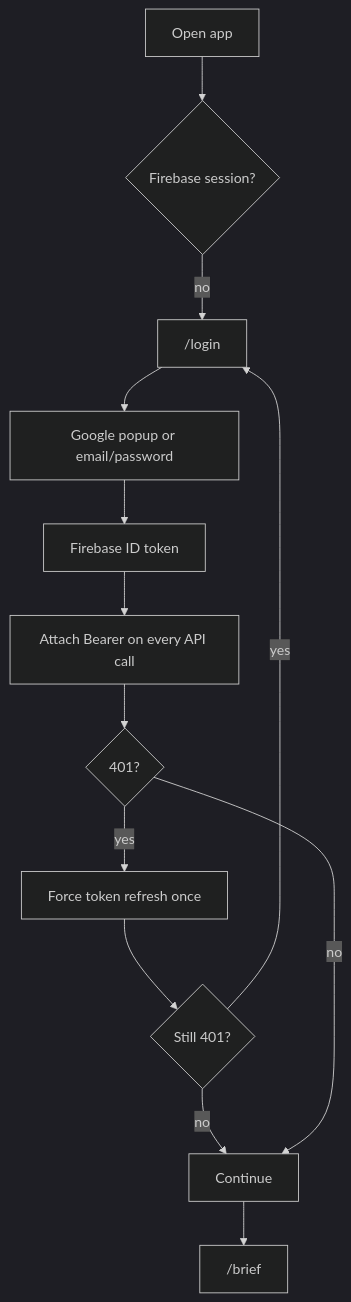
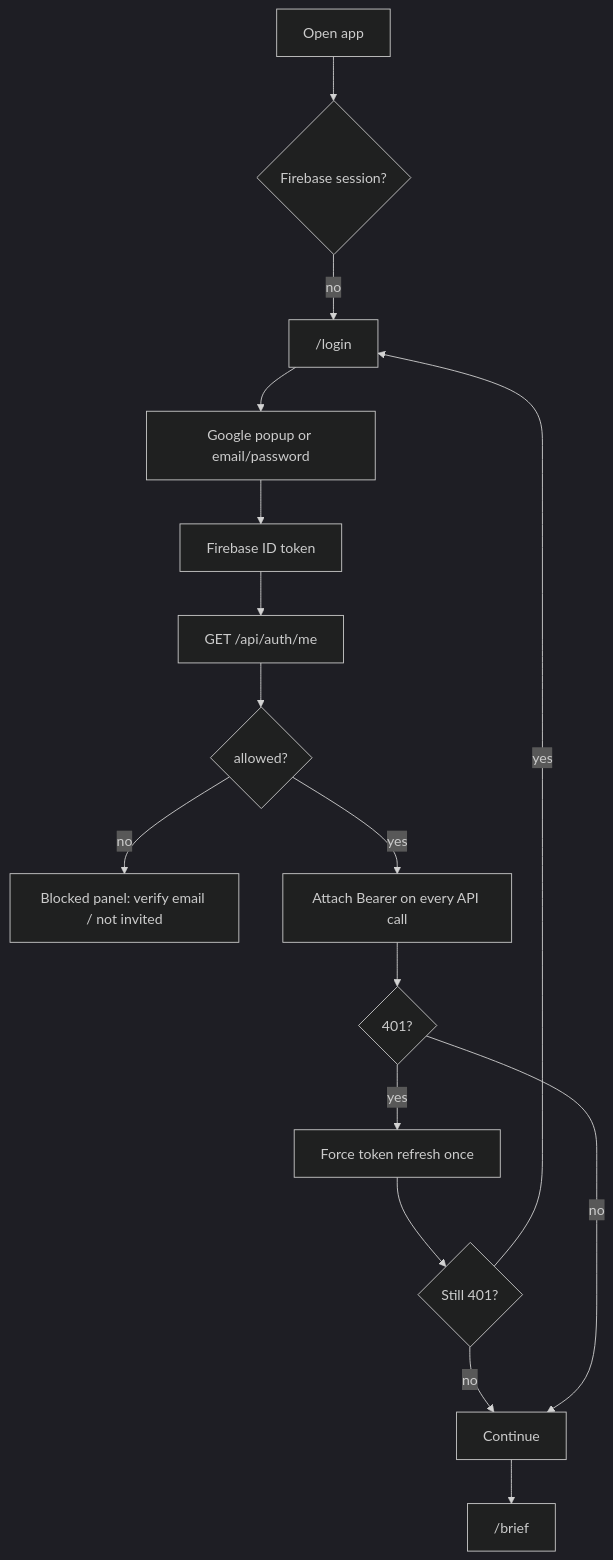
One commit to Lil-mast/TaskManagement changed the fourth of 12 diagrams in FRONTEND.md. Above: the diagram before and after it, drawn with Mermaid (dark theme). The commit also changed other lines of this file and 35 other files, not shown here.

````diff
--- a/FRONTEND.md
+++ b/FRONTEND.md
@@ -252,15 +252,18 @@
 ```mermaid
 flowchart TD
     A["Open app"] --> B{"Firebase session?"}
     B -- no --> C["/login"]
     C --> D["Google popup or email/password"]
     D --> E["Firebase ID token"]
-    E --> F["Attach Bearer on every API call"]
-    F --> G{"401?"}
-    G -- yes --> H["Force token refresh once"]
-    H --> I{"Still 401?"}
-    I -- yes --> C
-    I -- no --> J["Continue"]
-    G -- no --> J
-    J --> K["/brief"]
+    E --> F["GET /api/auth/me"]
+    F --> G{"allowed?"}
+    G -- no --> H["Blocked panel: verify email / not invited"]
+    G -- yes --> I["Attach Bearer on every API call"]
+    I --> J{"401?"}
+    J -- yes --> K["Force token refresh once"]
+    K --> L{"Still 401?"}
+    L -- yes --> C
+    L -- no --> M["Continue"]
+    J -- no --> M
+    M --> N["/brief"]
 ```
````
